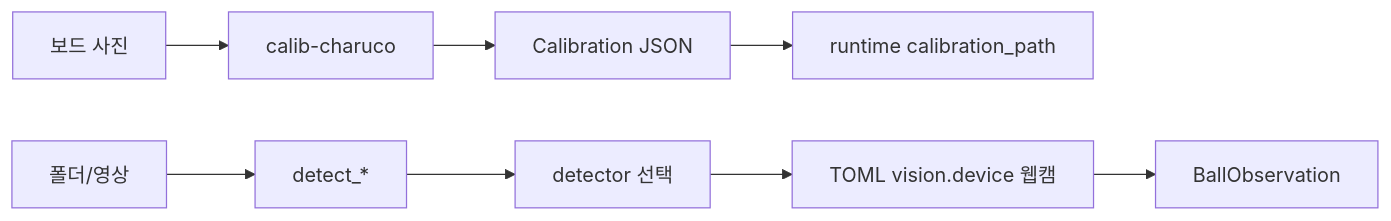
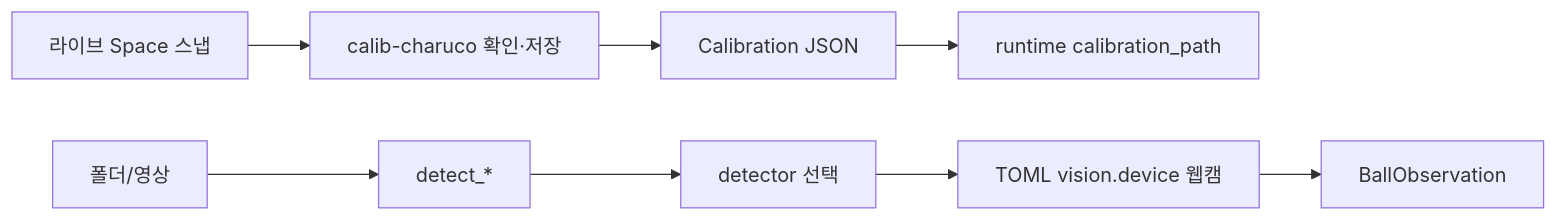
Before and after one commit to luv-all/pingpong-bot: the fourth of 4 diagrams in README.md, drawn with Mermaid. The commit also changed other lines of this file and 2 other files, not shown here.

First line of the commit message:
docs: calib/measure TOML calibration_path 사용법 정리

````diff
--- a/README.md
+++ b/README.md
@@ -317,8 +317,8 @@
 ```mermaid
 flowchart LR
-  boards["보드 사진"] --> calib["calib-charuco"] --> json["Calibration JSON"]
+  boards["라이브 Space 스냅"] --> calib["calib-charuco 확인·저장"] --> json["Calibration JSON"]
   frames["폴더/영상"] --> detect["detect_*"] --> pick["detector 선택"]
   json --> runtime["runtime calibration_path"]
   pick --> vision["TOML vision.device 웹캠"]
   vision --> obs["BallObservation"]
 ```
````
